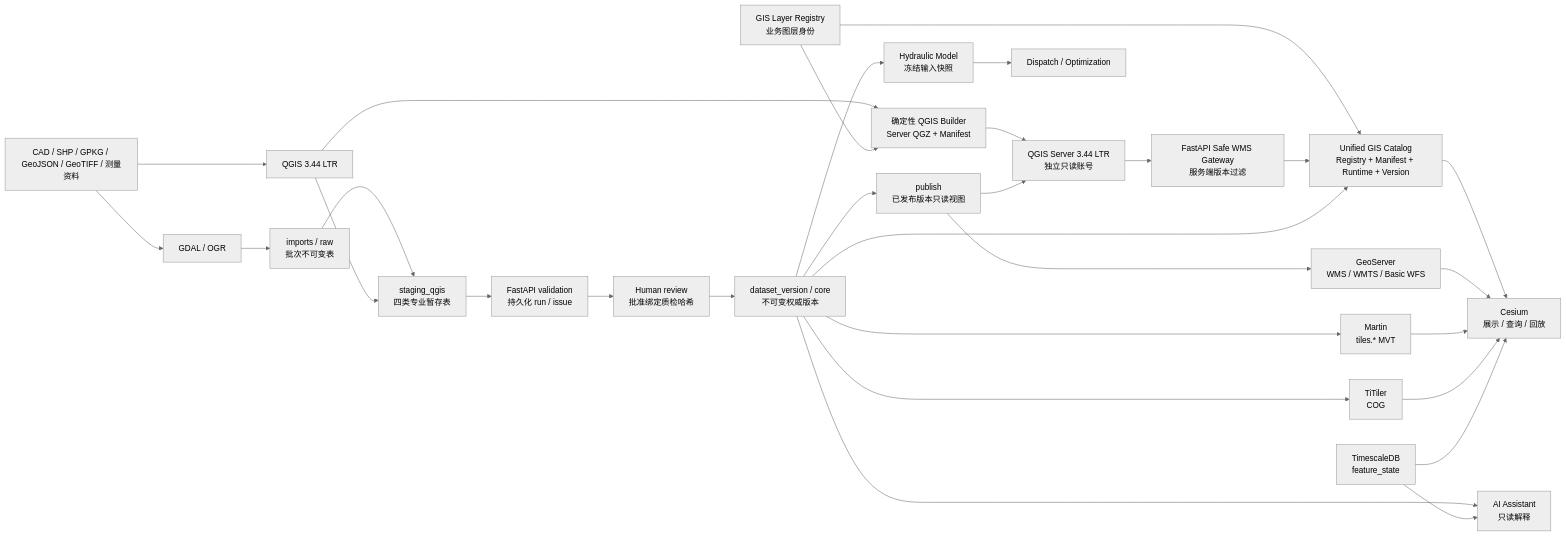
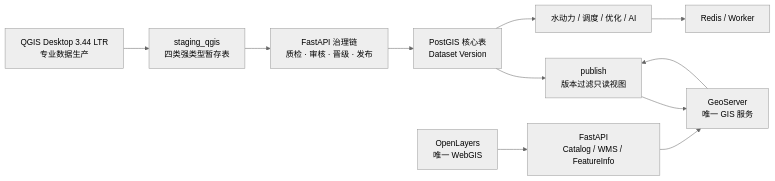
One commit to zj1310426307-stack/dayu-tiangong changed the diagram in docs/architecture.md. Above: the diagram before and after it, drawn with Mermaid (neutral theme). The commit also changed other lines of this file and 99 other files, not shown here.

Commit message:
refactor(gis): unify PostGIS GeoServer OpenLayers stack

````diff
--- a/docs/architecture.md
+++ b/docs/architecture.md
@@ -7,55 +8,13 @@
 ```mermaid
 flowchart LR
-  SRC["CAD / SHP / GPKG / GeoJSON / GeoTIFF / 测量资料"]
-  QGIS["QGIS 3.44 LTR"]
-  GDAL["GDAL / OGR"]
-  RAW["imports / raw<br/>批次不可变表"]
-  STG["staging_qgis<br/>四类专业暂存表"]
-  VAL["FastAPI validation<br/>持久化 run / issue"]
-  REV["Human review<br/>批准绑定质检哈希"]
-  CORE["dataset_version / core<br/>不可变权威版本"]
-  PUB["publish<br/>已发布版本只读视图"]
-  BUILDER["确定性 QGIS Builder<br/>Server QGZ + Manifest"]
-  QSERVER["QGIS Server 3.44 LTR<br/>独立只读账号"]
-  GATEWAY["FastAPI Safe WMS Gateway<br/>服务端版本过滤"]
-  REGISTRY["GIS Layer Registry<br/>业务图层身份"]
-  CATALOG["Unified GIS Catalog<br/>Registry + Manifest + Runtime + Version"]
-  GS["GeoServer<br/>WMS / WMTS / Basic WFS"]
-  MARTIN["Martin<br/>tiles.* MVT"]
-  TITILER["TiTiler<br/>COG"]
-  CESIUM["Cesium<br/>展示 / 查询 / 回放"]
-  MODEL["Hydraulic Model<br/>冻结输入快照"]
-  DISPATCH["Dispatch / Optimization"]
-  AI["AI Assistant<br/>只读解释"]
-  TS["TimescaleDB<br/>feature_state"]
-
-  SRC --> QGIS
-  SRC --> GDAL
-  GDAL --> RAW
-  RAW --> STG
-  QGIS --> STG
-  STG --> VAL
-  VAL --> REV
-  REV --> CORE
-  CORE --> PUB
-  QGIS --> BUILDER
-  BUILDER --> QSERVER
-  PUB --> QSERVER
-  QSERVER --> GATEWAY
-  REGISTRY --> BUILDER
-  REGISTRY --> CATALOG
-  GATEWAY --> CATALOG
-  CORE --> CATALOG
-  CATALOG --> CESIUM
-  CORE --> MARTIN
-  CORE --> TITILER
-  PUB --> GS
-  GS --> CESIUM
-  MARTIN --> CESIUM
-  TITILER --> CESIUM
-  CORE --> MODEL
-  MODEL --> DISPATCH
-  CORE --> AI
-  TS --> CESIUM
-  TS --> AI
+  QGIS["QGIS Desktop 3.44 LTR<br/>专业数据生产"] --> STAGING["staging_qgis<br/>四类强类型暂存表"]
+  STAGING --> GOV["FastAPI 治理链<br/>质检 · 审核 · 晋级 · 发布"]
+  GOV --> CORE["PostGIS 核心表<br/>Dataset Version"]
+  CORE --> PUBLISH["publish<br/>版本过滤只读视图"]
+  PUBLISH --> GEOSERVER["GeoServer<br/>唯一 GIS 服务"]
+  OPENLAYERS["OpenLayers<br/>唯一 WebGIS"] --> API["FastAPI<br/>Catalog / WMS / FeatureInfo"]
+  API --> GEOSERVER
+  GEOSERVER --> PUBLISH
+  CORE --> MODEL["水动力 / 调度 / 优化 / AI"]
+  MODEL --> REDIS["Redis / Worker"]
 ```
````
